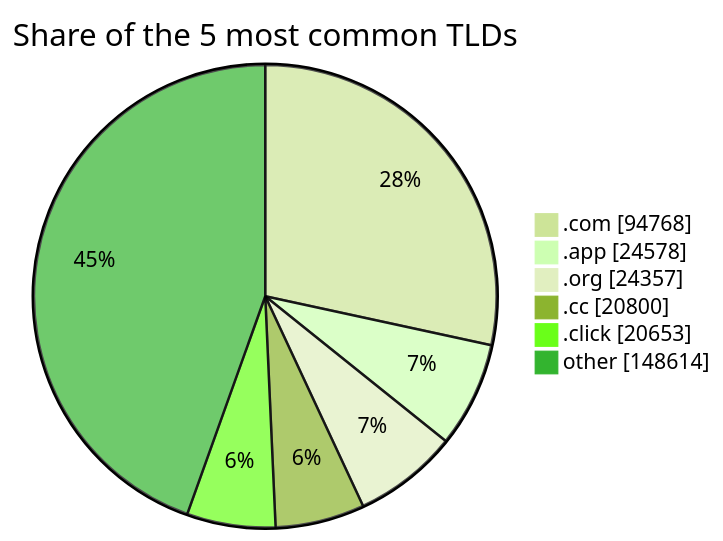
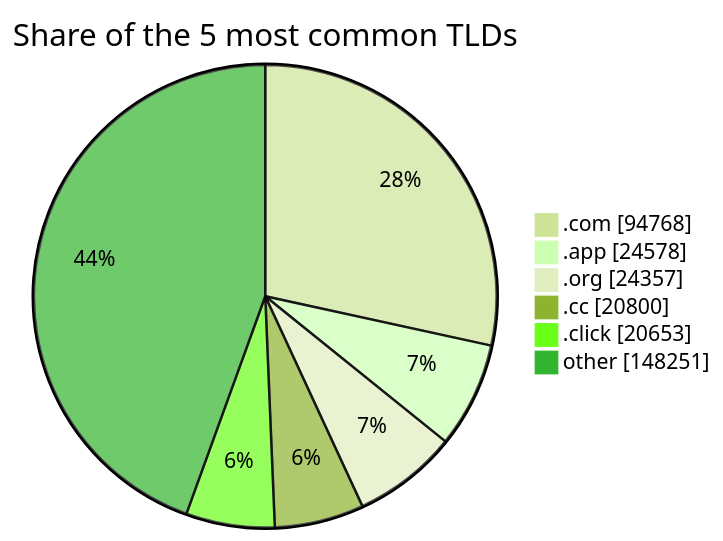
One commit to DNSBunker/CTI changed the third of 3 diagrams in README.md. Above: the diagram before and after it, drawn with Mermaid (forest theme). The commit also changed other lines of this file and 4 other files, not shown here.

````diff
--- a/README.md
+++ b/README.md
@@ -81,9 +81,9 @@
 ```mermaid
 pie showData title Share of the 5 most common TLDs
     ".com" : 94768
     ".app" : 24578
     ".org" : 24357
     ".cc" : 20800
     ".click" : 20653
-    "other" : 148614
+    "other" : 148251
 ```
````
